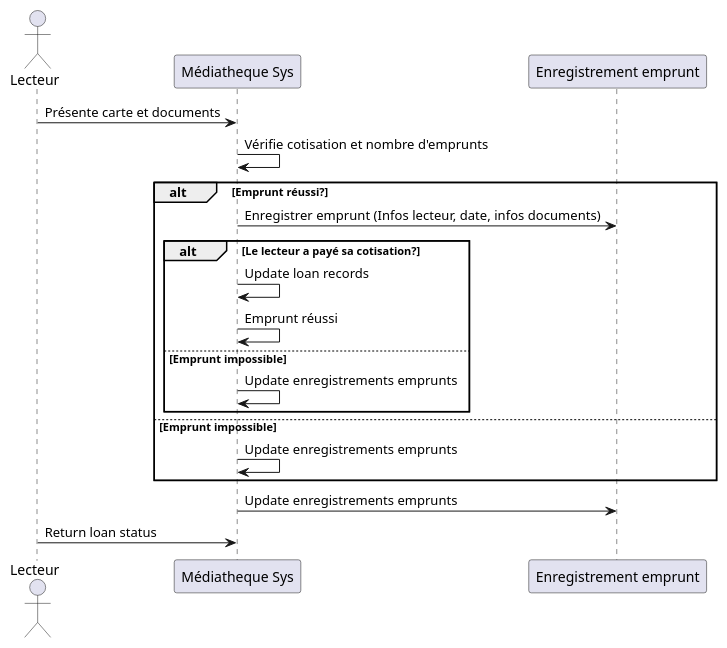
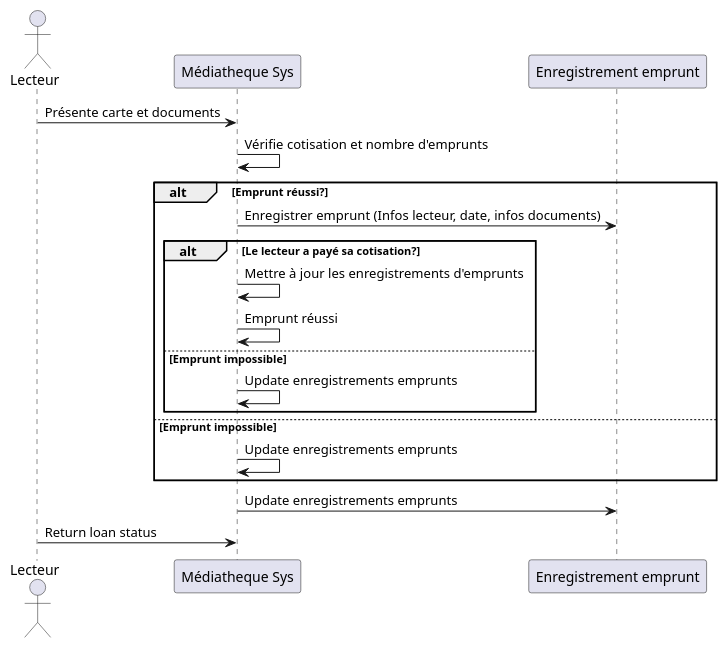
Before and after one commit to mnobrega77/test_plantUML: the second of 3 diagrams in test.puml, drawn with PlantUML.

```diff
--- a/test.puml
+++ b/test.puml
@@ -26,21 +26,21 @@
 @startuml
 actor Lecteur
 participant "Médiatheque Sys" as MS
 participant "Enregistrement emprunt" as EE
 
 Lecteur -> MS: Présente carte et documents
 MS -> MS: Vérifie cotisation et nombre d'emprunts
 alt Emprunt réussi? 
   MS -> EE: Enregistrer emprunt (Infos lecteur, date, infos documents)
   alt Le lecteur a payé sa cotisation?
-    MS -> MS: Update loan records
+    MS -> MS: Mettre à jour les enregistrements d'emprunts
     MS -> MS: Emprunt réussi
   else Emprunt impossible
     MS -> MS: Update enregistrements emprunts
   end
 else Emprunt impossible
   MS -> MS: Update enregistrements emprunts
 end
 MS -> EE: Update enregistrements emprunts
 Lecteur -> MS: Return loan status
 @enduml
```
